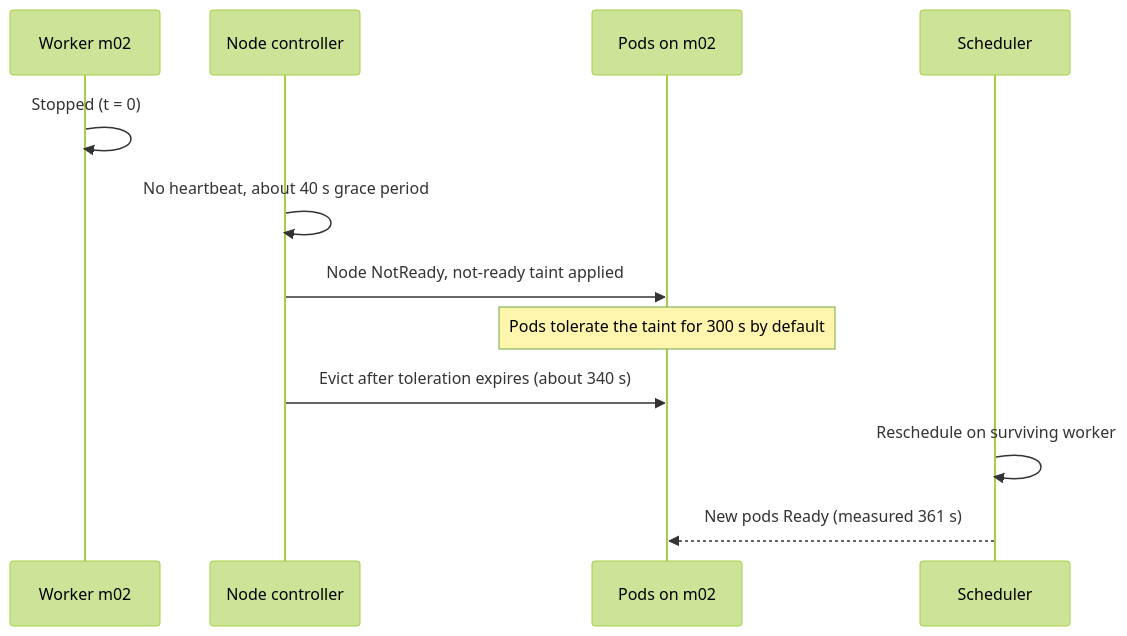
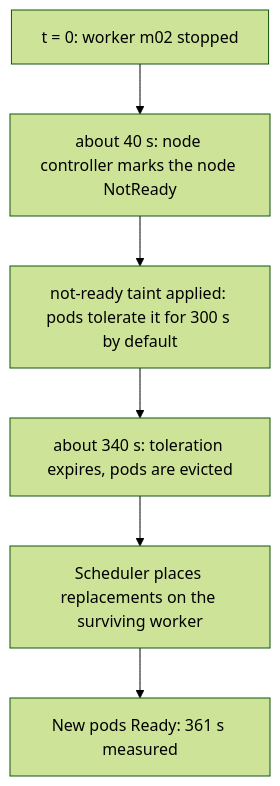
Before and after one commit to velrite/Auto-Healing-Kubernetes-Platform: the third of 5 diagrams in README.md, drawn with Mermaid (forest theme). The commit also changed other lines of this file and 3 other files, not shown here.

Commit message:
docs: fix layout, replace failing diagram, correct remaining docs, embed 16-17

````diff
--- a/README.md
+++ b/README.md
@@ -105,14 +111,8 @@
 ```mermaid
-sequenceDiagram
-  participant N as Worker m02
-  participant NC as Node controller
-  participant P as Pods on m02
-  participant S as Scheduler
-  N->>N: Stopped (t = 0)
-  NC->>NC: No heartbeat, about 40 s grace period
-  NC->>P: Node NotReady, not-ready taint applied
-  Note over P: Pods tolerate the taint for 300 s by default
-  NC->>P: Evict after toleration expires (about 340 s)
-  S->>S: Reschedule on surviving worker
-  S-->>P: New pods Ready (measured 361 s)
+flowchart TB
+  A["t = 0: worker m02 stopped"] --> B["about 40 s: node controller marks the node NotReady"]
+  B --> C["not-ready taint applied: pods tolerate it for 300 s by default"]
+  C --> D["about 340 s: toleration expires, pods are evicted"]
+  D --> E["Scheduler places replacements on the surviving worker"]
+  E --> F["New pods Ready: 361 s measured"]
 ```
````
